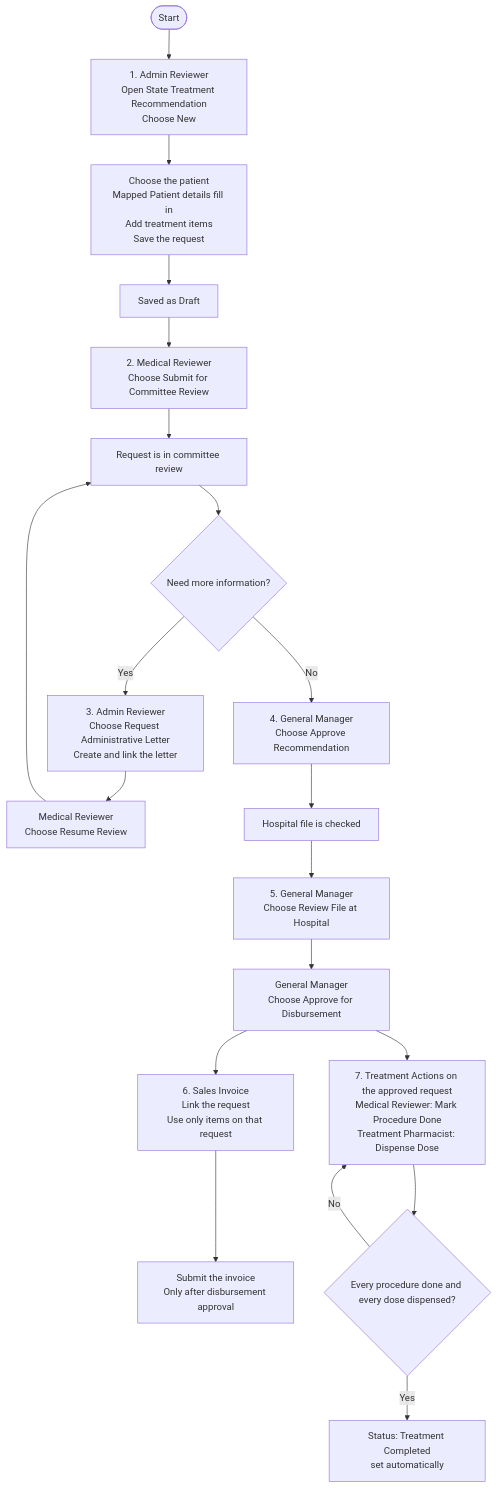
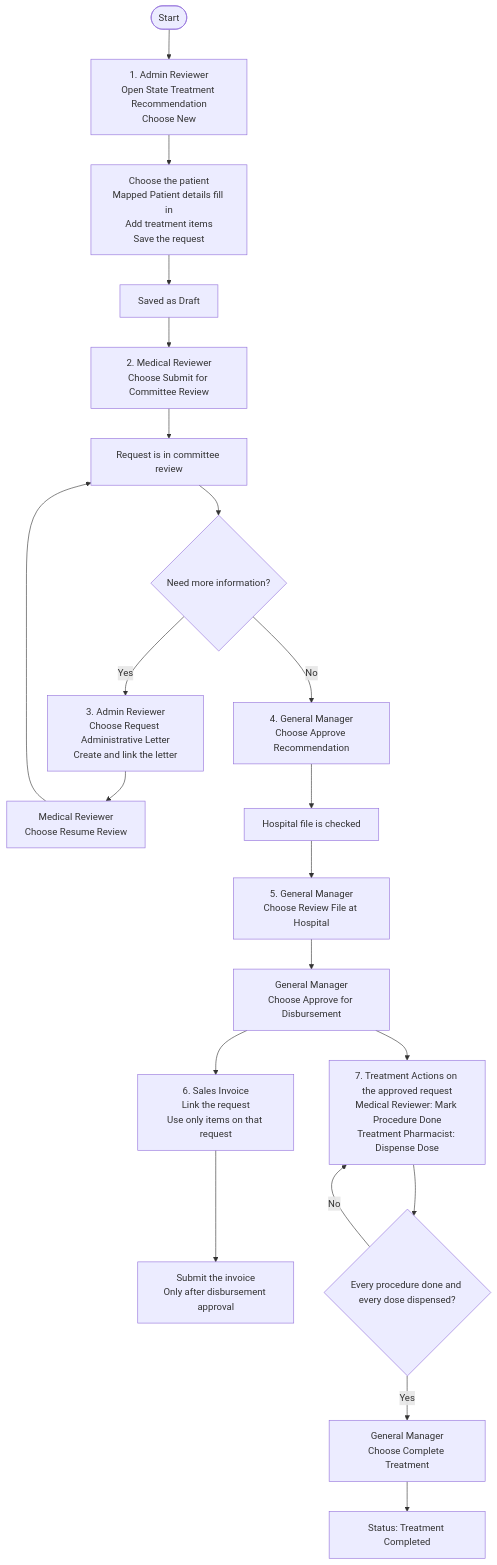
One commit to Steeif/state_treatment changed the diagram in README.md. Above: the diagram before and after it, drawn with Mermaid. The commit also changed other lines of this file and 7 other files, not shown here.

First line of the commit message:
Complete treatment with a workflow button instead of automatically (0.3.0)

````diff
--- a/README.md
+++ b/README.md
@@ -22,22 +22,23 @@
 ```mermaid
 flowchart TD
     A([Start]) --> B["1. Admin Reviewer<br/>Open State Treatment Recommendation<br/>Choose New"]
     B --> C["Choose the patient<br/>Mapped Patient details fill in<br/>Add treatment items<br/>Save the request"]
     C --> D["Saved as Draft"]
     D --> E["2. Medical Reviewer<br/>Choose Submit for Committee Review"]
     E --> F["Request is in committee review"]
     F --> Q{"Need more information?"}
     Q -->|Yes| G["3. Admin Reviewer<br/>Choose Request Administrative Letter<br/>Create and link the letter"]
     G --> H["Medical Reviewer<br/>Choose Resume Review"]
     H --> F
     Q -->|No| I["4. General Manager<br/>Choose Approve Recommendation"]
     I --> J["Hospital file is checked"]
     J --> K["5. General Manager<br/>Choose Review File at Hospital"]
     K --> L["General Manager<br/>Choose Approve for Disbursement"]
     L --> M["6. Sales Invoice<br/>Link the request<br/>Use only items on that request"]
     M --> N["Submit the invoice<br/>Only after disbursement approval"]
     L --> T["7. Treatment Actions on the approved request<br/>Medical Reviewer: Mark Procedure Done<br/>Treatment Pharmacist: Dispense Dose"]
     T --> R{"Every procedure done and every dose dispensed?"}
     R -->|No| T
-    R -->|Yes| S["Status: Treatment Completed<br/>set automatically"]
+    R -->|Yes| S["General Manager<br/>Choose Complete Treatment"]
+    S --> Z["Status: Treatment Completed"]
 ```
````
